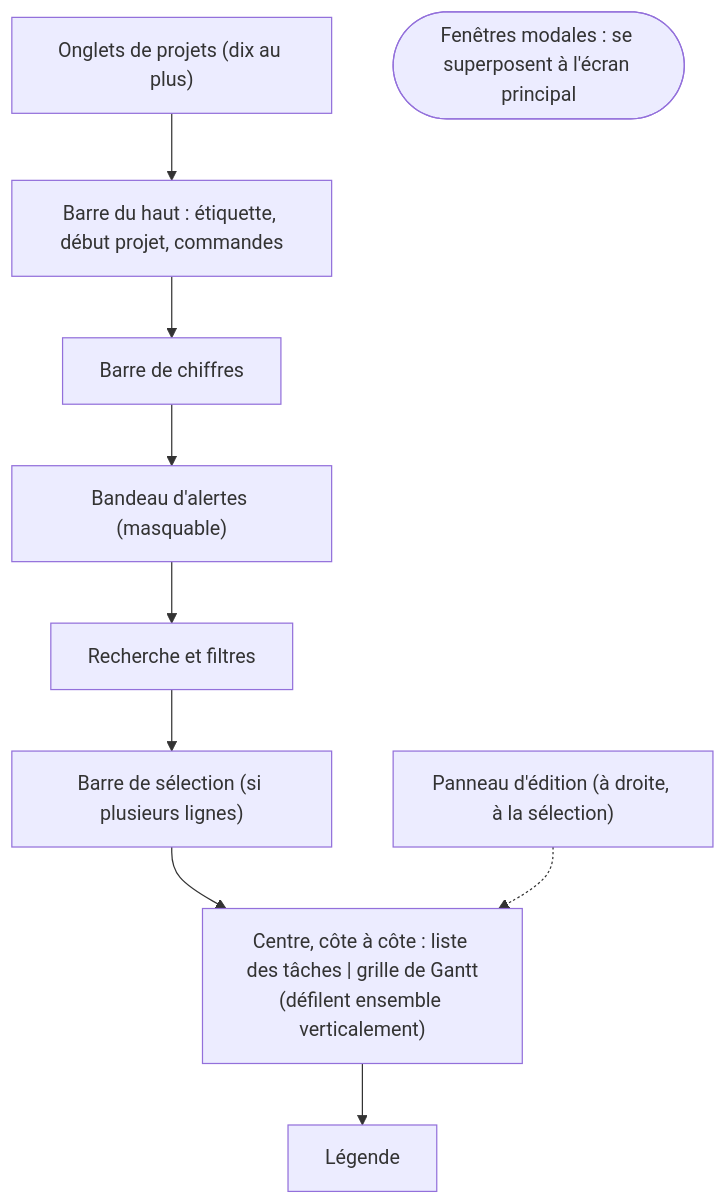
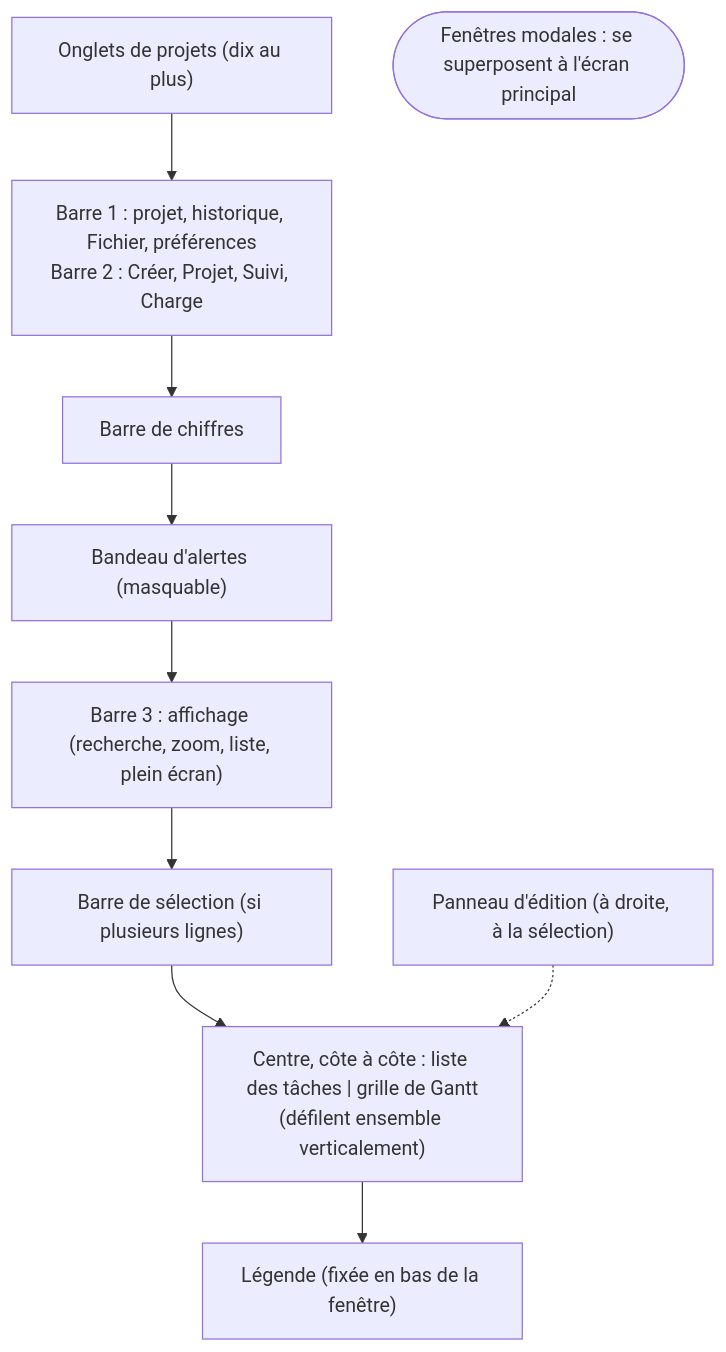
One commit to SimonBelCou/GanttPro changed the diagram in Specs_fonctionnelles.md. Above: the diagram before and after it, drawn with Mermaid. The commit also changed other lines of this file and 16 other files, not shown here.

````diff
--- a/Specs_fonctionnelles.md
+++ b/Specs_fonctionnelles.md
@@ -223,15 +223,15 @@
 ```mermaid
 flowchart TB
   tabs["Onglets de projets (dix au plus)"]
-  top["Barre du haut : étiquette, début projet, commandes"]
+  top["Barre 1 : projet, historique, Fichier, préférences<br/>Barre 2 : Créer, Projet, Suivi, Charge"]
   nums["Barre de chiffres"]
   alerts["Bandeau d'alertes (masquable)"]
-  search["Recherche et filtres"]
+  search["Barre 3 : affichage (recherche, zoom, liste, plein écran)"]
   sel["Barre de sélection (si plusieurs lignes)"]
   centre["Centre, côte à côte : liste des tâches | grille de Gantt<br/>(défilent ensemble verticalement)"]
   edit["Panneau d'édition (à droite, à la sélection)"]
-  legend["Légende"]
+  legend["Légende (fixée en bas de la fenêtre)"]
   tabs --> top --> nums --> alerts --> search --> sel --> centre --> legend
   edit -.-> centre
   win(["Fenêtres modales : se superposent à l'écran principal"])
 ```
````
